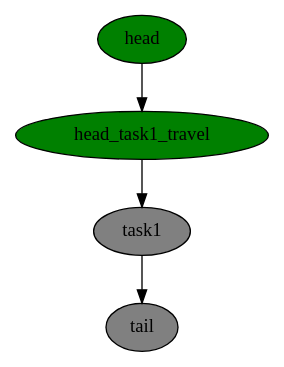
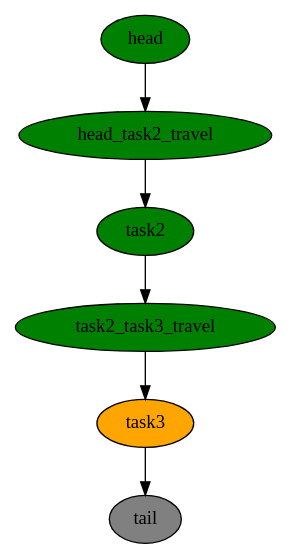
The diagram in data/dot_files/agent_timeline_1_t_22.dot (gkasha/maae), drawn with Graphviz before and after one commit. The commit also changed 477 other files, not shown here.

```diff
--- a/data/dot_files/agent_timeline_1_t_22.dot
+++ b/data/dot_files/agent_timeline_1_t_22.dot
@@ -1,9 +1,13 @@
 digraph timeline {
 head[label="head",style=filled,fillcolor=green,fontcolor=black];
-head_task1_travel[label="head_task1_travel",style=filled,fillcolor=green,fontcolor=black];
-task1[label="task1",style=filled,fillcolor=gray,fontcolor=black];
+head_task2_travel[label="head_task2_travel",style=filled,fillcolor=green,fontcolor=black];
+task2[label="task2",style=filled,fillcolor=green,fontcolor=black];
+task2_task3_travel[label="task2_task3_travel",style=filled,fillcolor=green,fontcolor=black];
+task3[label="task3",style=filled,fillcolor=orange,fontcolor=black];
 tail[label="tail",style=filled,fillcolor=gray,fontcolor=black];
-"head"->"head_task1_travel"[color=black];
-"head_task1_travel"->"task1"[color=black];
-"task1"->"tail"[color=black];
+"head"->"head_task2_travel"[color=black];
+"head_task2_travel"->"task2"[color=black];
+"task2"->"task2_task3_travel"[color=black];
+"task2_task3_travel"->"task3"[color=black];
+"task3"->"tail"[color=black];
 }
```
